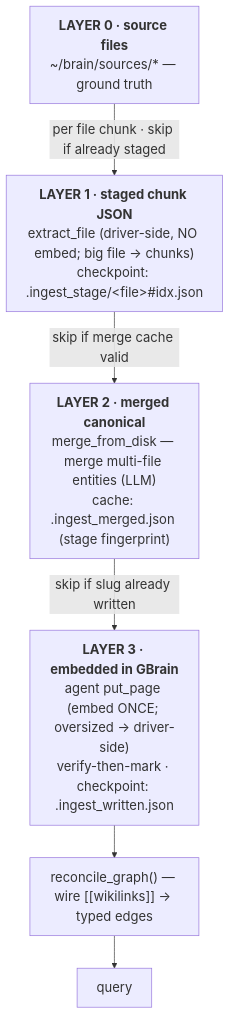
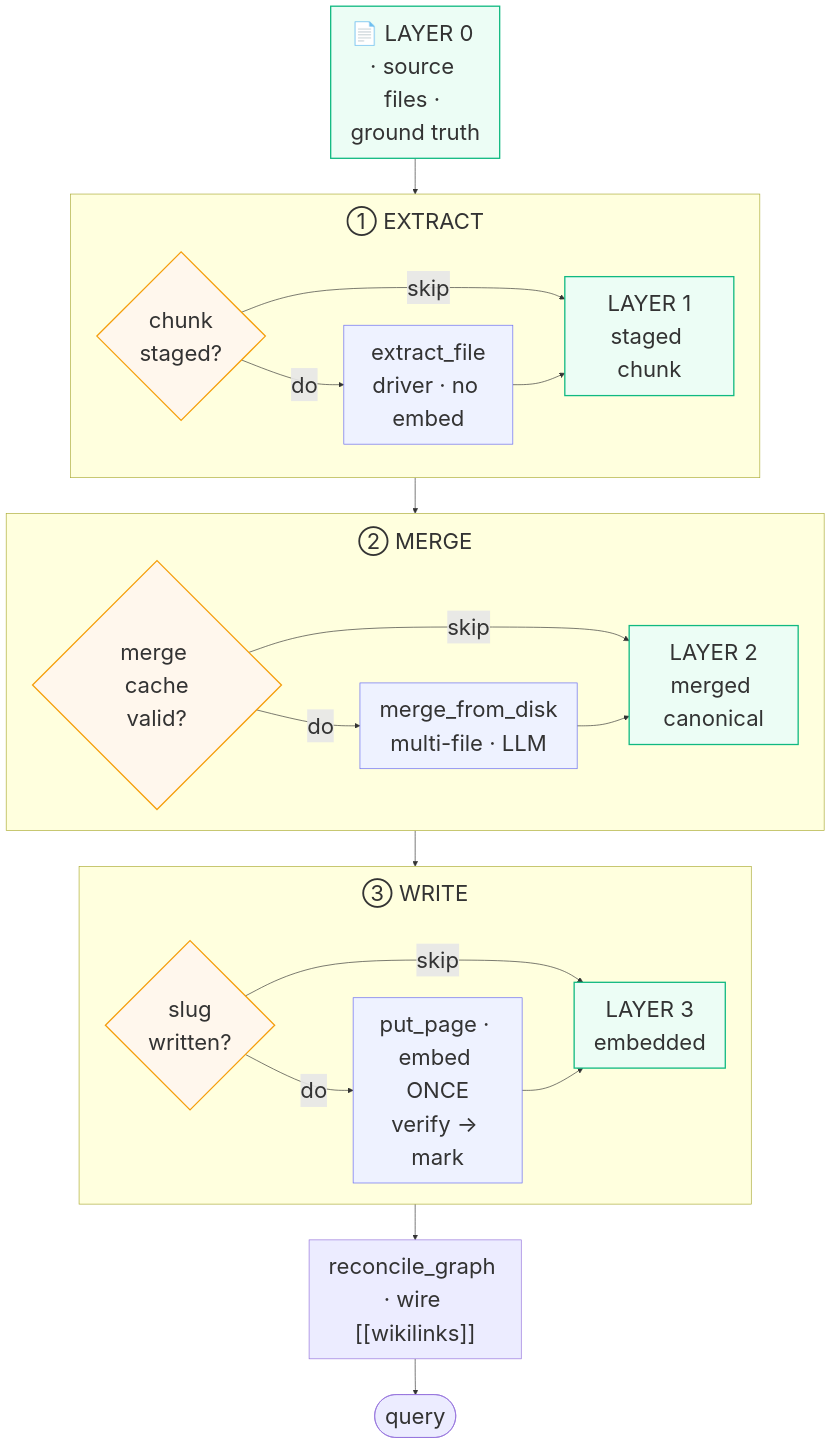
The fourth of 4 diagrams in Week 3.5.96 - Self-Wiring Memory (GBrain).md (shaneliuyx/agent-development-curriculum), drawn with Mermaid before and after one commit. The commit also changed other lines of this file, not shown here.

Commit message:
docs(w3.5.96): Phase 8 diagram → stacked rows + bigger font (34px), flow per row

````diff
--- a/Week 3.5.96 - Self-Wiring Memory (GBrain).md
+++ b/Week 3.5.96 - Self-Wiring Memory (GBrain).md
@@ -1104,13 +1104,37 @@
 ```mermaid
-%%{init: {'theme':'default', 'themeVariables': {'fontSize':'20px'}}}%%
-flowchart TD
-  L0["<b>LAYER 0 · source files</b><br/>~/brain/sources/* — ground truth"]
-  L0 -->|"per file chunk · skip if already staged"| L1
-  L1["<b>LAYER 1 · staged chunk JSON</b><br/>extract_file (driver-side, NO embed; big file → chunks)<br/>checkpoint: .ingest_stage/&lt;file&gt;#idx.json"]
-  L1 -->|"skip if merge cache valid"| L2
-  L2["<b>LAYER 2 · merged canonical</b><br/>merge_from_disk — merge multi-file entities (LLM)<br/>cache: .ingest_merged.json (stage fingerprint)"]
-  L2 -->|"skip if slug already written"| L3
-  L3["<b>LAYER 3 · embedded in GBrain</b><br/>agent put_page (embed ONCE; oversized → driver-side)<br/>verify-then-mark · checkpoint: .ingest_written.json"]
-  L3 --> RC["reconcile_graph() — wire [[wikilinks]] → typed edges"]
-  RC --> Q["query"]
+%%{init: {'theme':'default', 'themeVariables': {'fontSize':'34px'}, 'flowchart':{'useMaxWidth':false, 'subGraphTitleMargin':{'top':16,'bottom':24}, 'nodeSpacing':45, 'rankSpacing':55}}}%%
+flowchart TB
+  SRC["📄 LAYER 0 · source files · ground truth"]
+  subgraph S1["① EXTRACT"]
+    direction LR
+    C1{"chunk<br/>staged?"}
+    C1 -->|do| E1["extract_file<br/>driver · no embed"]
+    C1 -->|skip| L1["LAYER 1<br/>staged chunk"]
+    E1 --> L1
+  end
+  subgraph S2["② MERGE"]
+    direction LR
+    C2{"merge cache<br/>valid?"}
+    C2 -->|do| E2["merge_from_disk<br/>multi-file · LLM"]
+    C2 -->|skip| L2["LAYER 2<br/>merged canonical"]
+    E2 --> L2
+  end
+  subgraph S3["③ WRITE"]
+    direction LR
+    C3{"slug<br/>written?"}
+    C3 -->|do| E3["put_page · embed ONCE<br/>verify → mark"]
+    C3 -->|skip| L3["LAYER 3<br/>embedded"]
+    E3 --> L3
+  end
+  SRC --> C1
+  L1 --> C2
+  L2 --> C3
+  L3 --> RC["reconcile_graph · wire [[wikilinks]]"]
+  RC --> Q(["query"])
+  classDef ckpt fill:#fff7ed,stroke:#f59e0b,stroke-width:2px
+  classDef work fill:#eef2ff,stroke:#6366f1
+  classDef layer fill:#ecfdf5,stroke:#10b981,stroke-width:2px
+  class C1,C2,C3 ckpt
+  class E1,E2,E3 work
+  class SRC,L1,L2,L3 layer
 ```
````
